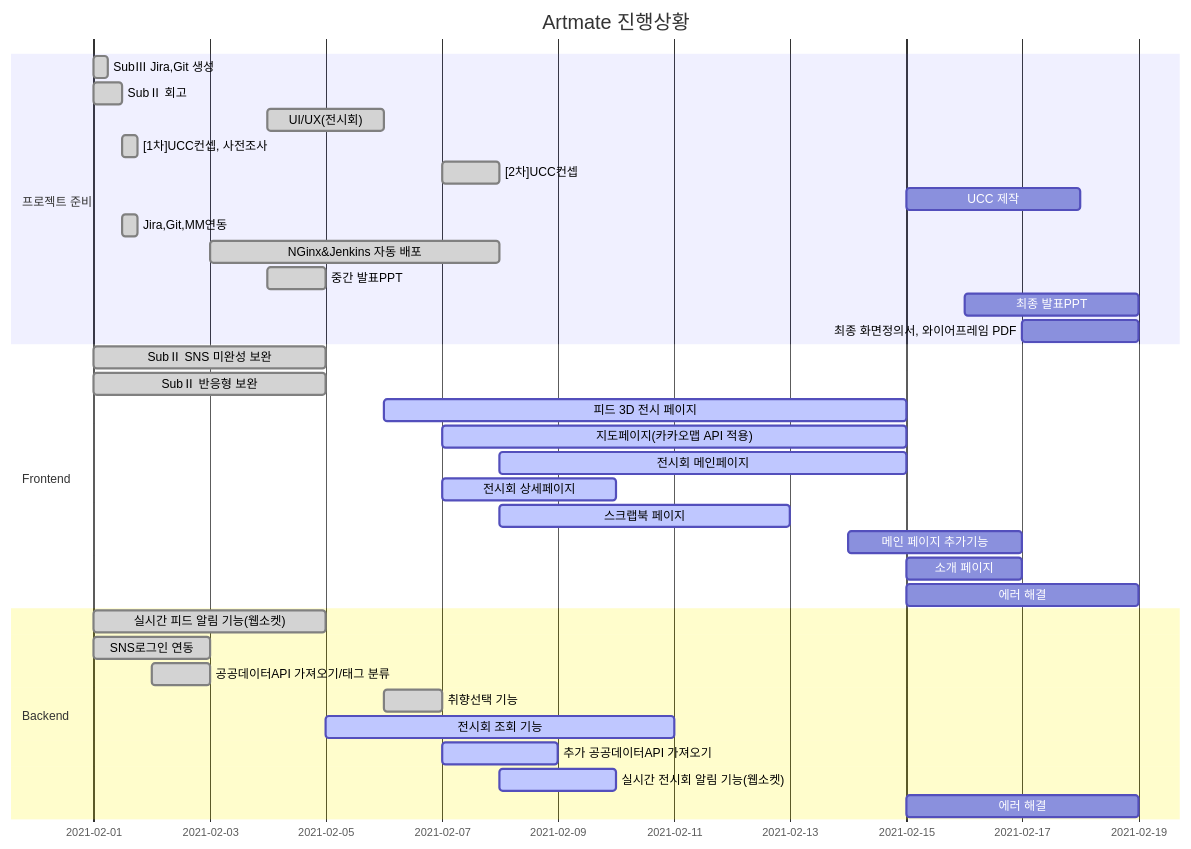
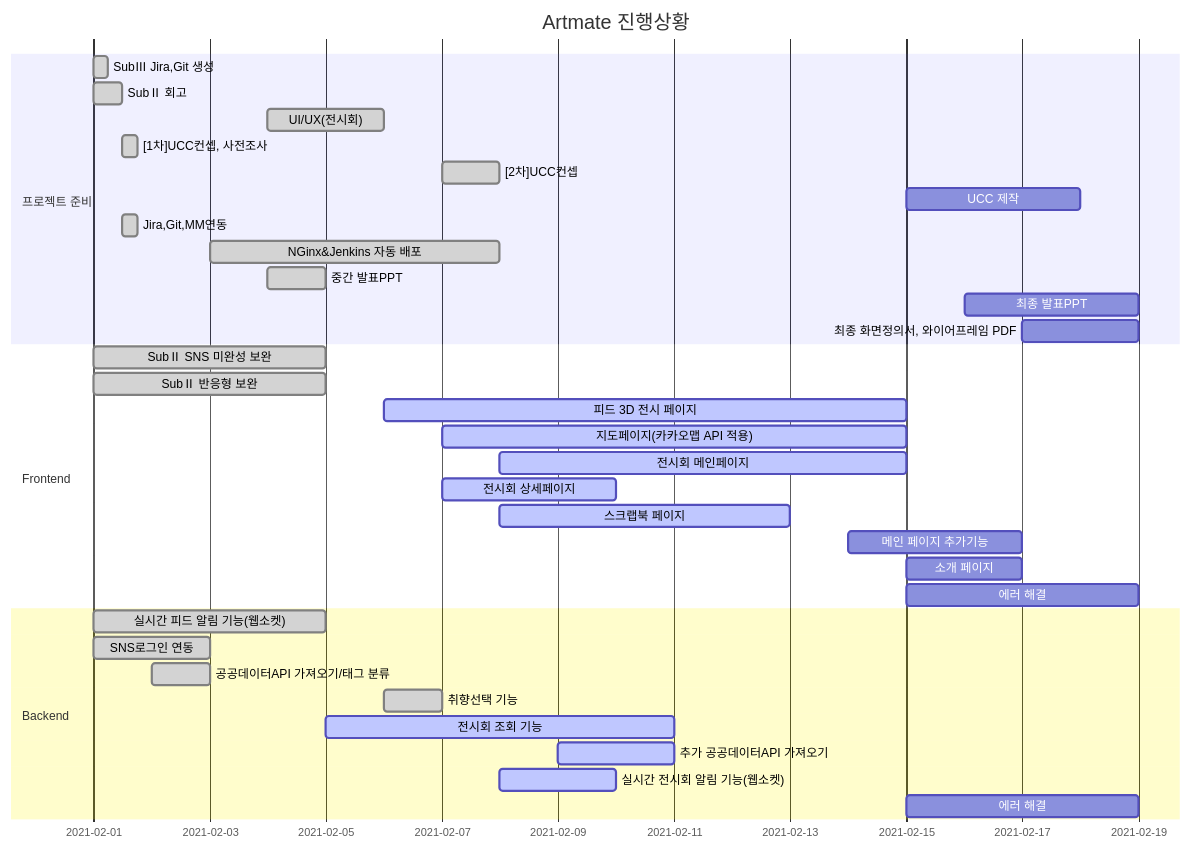
One commit to dovvn/Artmate-PJT changed the diagram in README.md. Above: the diagram before and after it, drawn with Mermaid.

Commit message:
README_0209: 오전 진행상황 업데이트

````diff
--- a/README.md
+++ b/README.md
@@ -21,44 +21,44 @@
 ```mermaid  
 gantt
     title Artmate 진행상황
     dateFormat  YYYY-MM-DD
     section 프로젝트 준비
     SubⅢ Jira,Git 생성  :done, 2021-02-01, 6h
     SubⅡ 회고          :done, p2,2021-02-01, 12h
     UI/UX(전시회)   :done,2021-02-04,2d
     [1차]UCC컨셉, 사전조사   :done,after p2,6h
     [2차]UCC컨셉   :done,2021-02-07,1d
     UCC 제작   :,2021-02-15,3d
 
     Jira,Git,MM연동   :done,after p2,6h
     NGinx&Jenkins 자동 배포 :done, 2021-02-03,5d
     중간 발표PPT: done,2021-02-04,1d
     최종 발표PPT: ,2021-02-16,3d
     최종 화면정의서, 와이어프레임 PDF: ,2021-02-17,2d
     
     
 
     section Frontend
     SubⅡ SNS 미완성 보완          :done, 2021-02-01, 4d
     SubⅡ 반응형 보완          :done, 2021-02-01, 4d
     피드 3D 전시 페이지   :active,2021-02-06,9d
     지도페이지(카카오맵 API 적용):active,2021-02-07, 8d
     전시회 메인페이지   :active,2021-02-08,7d
     전시회 상세페이지   :active,2021-02-07,3d
     스크랩북 페이지   :active,2021-02-08,5d
     메인 페이지 추가기능   :,2021-02-14,3d
     소개 페이지   :,2021-02-15,2d
     에러 해결   :,2021-02-15,4d
     
     
 
     section Backend
     실시간 피드 알림 기능(웹소켓)          :done, 2021-02-01, 4d
     SNS로그인 연동          :done, 2021-02-01, 2d
     공공데이터API 가져오기/태그 분류          :done, p1, 2021-02-02, 1d
     취향선택 기능:done,2021-02-06,1d
     전시회 조회 기능:active,2021-02-05,6d
-    추가 공공데이터API 가져오기          :active, p1, 2021-02-07, 2d
+    추가 공공데이터API 가져오기          :active, p1, 2021-02-09, 2d
     실시간 전시회 알림 기능(웹소켓)          :active, 2021-02-08, 2d
     에러 해결   :,2021-02-15,4d
 ```
````
